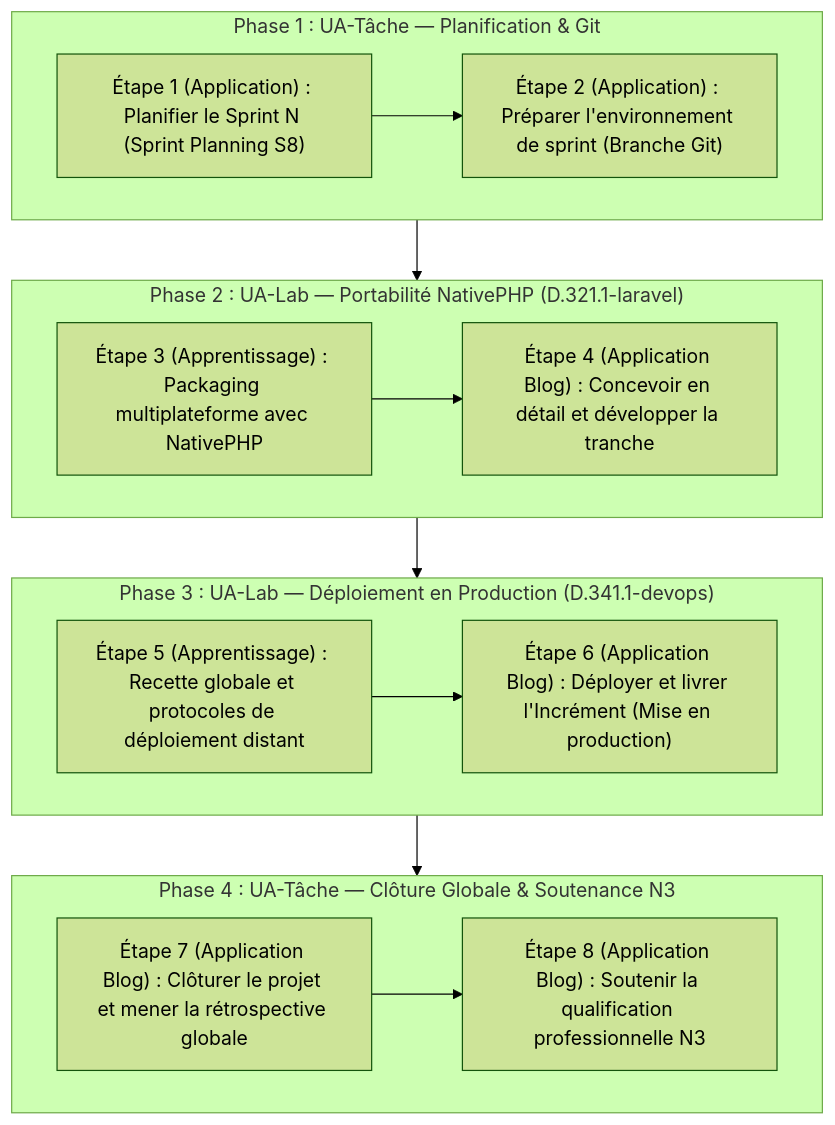
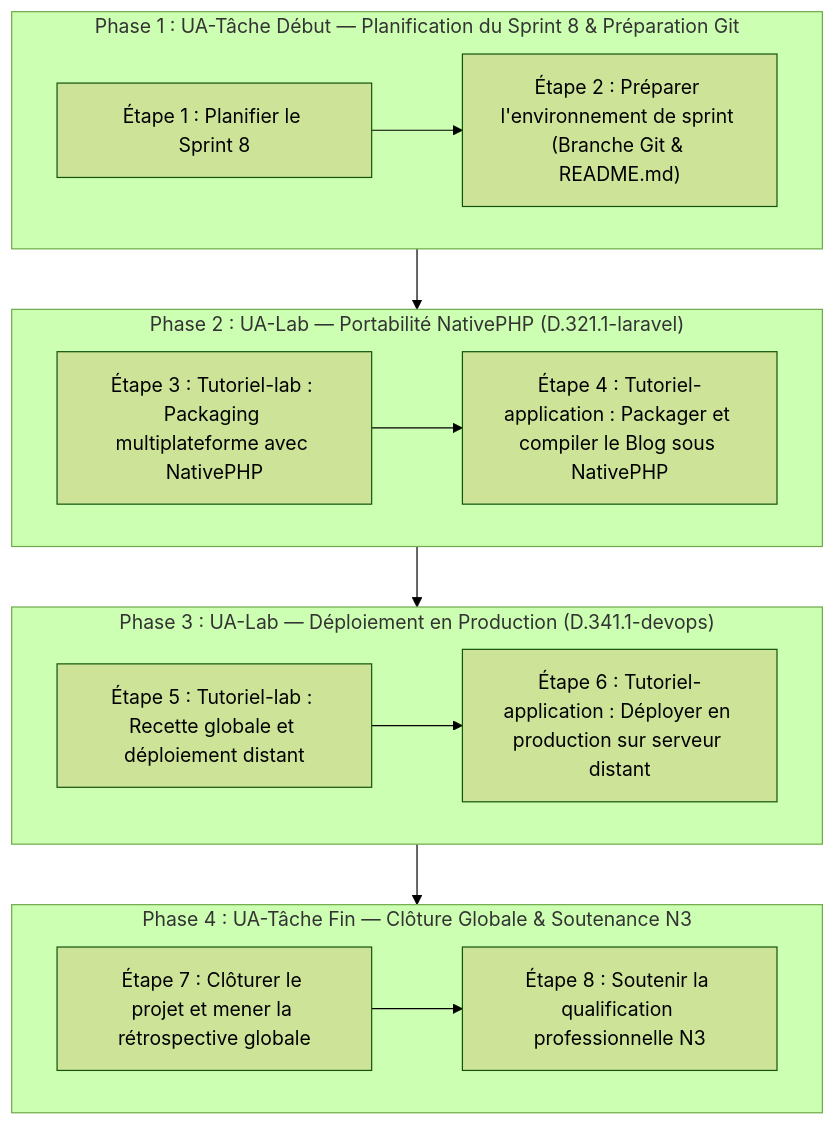
The diagram in flux-travail/sessions/flux-travail-s8.md (labs-web/projet-imiation-n3), drawn with Mermaid (forest theme) before and after one commit. The commit also changed other lines of this file and 9 other files, not shown here.

````diff
--- a/flux-travail/sessions/flux-travail-s8.md
+++ b/flux-travail/sessions/flux-travail-s8.md
@@ -55,28 +55,28 @@
 ```mermaid
 flowchart TD
-    subgraph P1 ["Phase 1 : UA-Tâche — Planification & Git"]
-        E1["Étape 1 (Application) : Planifier le Sprint N (Sprint Planning S8)"]
-        E2["Étape 2 (Application) : Préparer l'environnement de sprint (Branche Git)"]
+    subgraph P1 ["Phase 1 : UA-Tâche Début — Planification du Sprint 8 & Préparation Git"]
+        E1["Étape 1 : Planifier le Sprint 8"]
+        E2["Étape 2 : Préparer l'environnement de sprint (Branche Git & README.md)"]
         E1 --> E2
     end
 
     subgraph P2 ["Phase 2 : UA-Lab — Portabilité NativePHP (D.321.1-laravel)"]
-        E3["Étape 3 (Apprentissage) : Packaging multiplateforme avec NativePHP"]
-        E4["Étape 4 (Application Blog) : Concevoir en détail et développer la tranche"]
+        E3["Étape 3 : Tutoriel-lab : Packaging multiplateforme avec NativePHP"]
+        E4["Étape 4 : Tutoriel-application : Packager et compiler le Blog sous NativePHP"]
         E3 --> E4
     end
 
     subgraph P3 ["Phase 3 : UA-Lab — Déploiement en Production (D.341.1-devops)"]
-        E5["Étape 5 (Apprentissage) : Recette globale et protocoles de déploiement distant"]
-        E6["Étape 6 (Application Blog) : Déployer et livrer l'Incrément (Mise en production)"]
+        E5["Étape 5 : Tutoriel-lab : Recette globale et déploiement distant"]
+        E6["Étape 6 : Tutoriel-application : Déployer en production sur serveur distant"]
         E5 --> E6
     end
 
-    subgraph P4 ["Phase 4 : UA-Tâche — Clôture Globale & Soutenance N3"]
-        E7["Étape 7 (Application Blog) : Clôturer le projet et mener la rétrospective globale"]
-        E8["Étape 8 (Application Blog) : Soutenir la qualification professionnelle N3"]
+    subgraph P4 ["Phase 4 : UA-Tâche Fin — Clôture Globale & Soutenance N3"]
+        E7["Étape 7 : Clôturer le projet et mener la rétrospective globale"]
+        E8["Étape 8 : Soutenir la qualification professionnelle N3"]
         E7 --> E8
     end
 
     P1 --> P2 --> P3 --> P4
 ```
````
